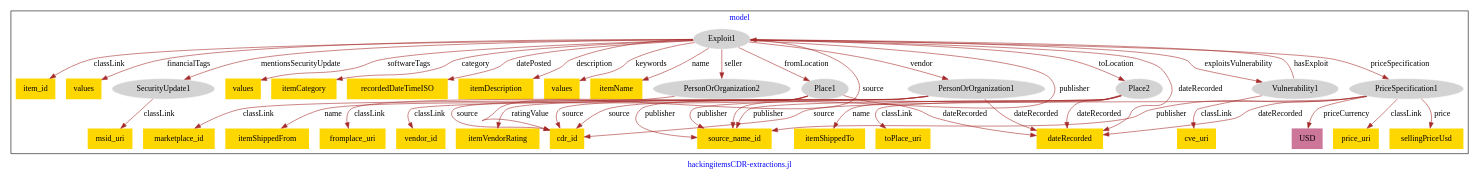
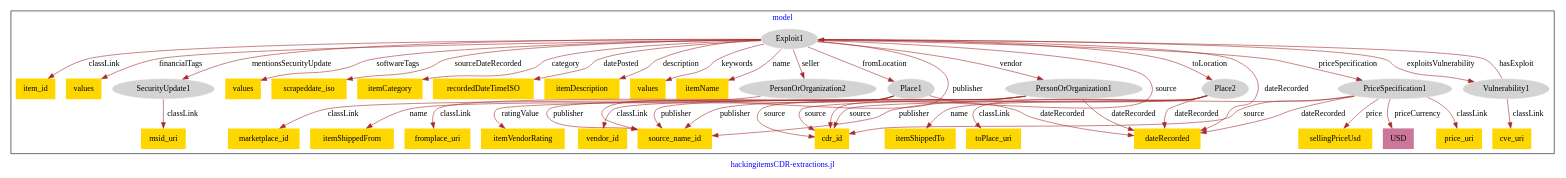
One commit to usc-isi-i2/effect-alignment changed the diagram in models/asu-hacking-items/hacking_items-model.dot. Above: the diagram before and after it, drawn with Graphviz.

Commit message:
Update file hacking_items-model.dot

```diff
--- a/models/asu-hacking-items/hacking_items-model.dot
+++ b/models/asu-hacking-items/hacking_items-model.dot
@@ -1,82 +1,84 @@
 digraph n0 {
 fontcolor="blue"
 remincross="true"
 label="hackingitemsCDR-extractions.jl"
 subgraph cluster {
 label="model"
 n2[style="filled",color="white",fillcolor="lightgray",label="Exploit1"];
 n3[shape="plaintext",style="filled",fillcolor="gold",label="item_id"];
 n4[shape="plaintext",style="filled",fillcolor="gold",label="values"];
 n5[style="filled",color="white",fillcolor="lightgray",label="SecurityUpdate1"];
 n6[shape="plaintext",style="filled",fillcolor="gold",label="values"];
-n7[shape="plaintext",style="filled",fillcolor="gold",label="itemCategory"];
-n8[shape="plaintext",style="filled",fillcolor="gold",label="recordedDateTimeISO"];
-n9[shape="plaintext",style="filled",fillcolor="gold",label="itemDescription"];
-n10[shape="plaintext",style="filled",fillcolor="gold",label="values"];
-n11[shape="plaintext",style="filled",fillcolor="gold",label="itemName"];
-n12[style="filled",color="white",fillcolor="lightgray",label="PersonOrOrganization1"];
-n13[shape="plaintext",style="filled",fillcolor="gold",label="vendor_id"];
-n14[shape="plaintext",style="filled",fillcolor="gold",label="itemVendorRating"];
-n15[shape="plaintext",style="filled",fillcolor="gold",label="cdr_id"];
-n16[style="filled",color="white",fillcolor="lightgray",label="PersonOrOrganization2"];
-n17[shape="plaintext",style="filled",fillcolor="gold",label="marketplace_id"];
-n18[shape="plaintext",style="filled",fillcolor="gold",label="msid_uri"];
-n19[style="filled",color="white",fillcolor="lightgray",label="Vulnerability1"];
-n20[shape="plaintext",style="filled",fillcolor="gold",label="cve_uri"];
-n21[style="filled",color="white",fillcolor="lightgray",label="Place1"];
-n22[shape="plaintext",style="filled",fillcolor="gold",label="fromplace_uri"];
-n23[shape="plaintext",style="filled",fillcolor="gold",label="itemShippedFrom"];
-n24[style="filled",color="white",fillcolor="lightgray",label="Place2"];
-n25[shape="plaintext",style="filled",fillcolor="gold",label="toPlace_uri"];
-n26[shape="plaintext",style="filled",fillcolor="gold",label="itemShippedTo"];
-n27[style="filled",color="white",fillcolor="lightgray",label="PriceSpecification1"];
-n28[shape="plaintext",style="filled",fillcolor="gold",label="price_uri"];
-n29[shape="plaintext",style="filled",fillcolor="gold",label="sellingPriceUsd"];
-n30[shape="plaintext",style="filled",fillcolor="#CC7799",label="USD"];
-n31[shape="plaintext",style="filled",fillcolor="gold",label="source_name_id"];
-n32[shape="plaintext",style="filled",fillcolor="gold",label="dateRecorded"];
+n7[shape="plaintext",style="filled",fillcolor="gold",label="scrapeddate_iso"];
+n8[shape="plaintext",style="filled",fillcolor="gold",label="itemCategory"];
+n9[shape="plaintext",style="filled",fillcolor="gold",label="recordedDateTimeISO"];
+n10[shape="plaintext",style="filled",fillcolor="gold",label="itemDescription"];
+n11[shape="plaintext",style="filled",fillcolor="gold",label="values"];
+n12[shape="plaintext",style="filled",fillcolor="gold",label="itemName"];
+n13[style="filled",color="white",fillcolor="lightgray",label="PersonOrOrganization1"];
+n14[shape="plaintext",style="filled",fillcolor="gold",label="vendor_id"];
+n15[shape="plaintext",style="filled",fillcolor="gold",label="source_name_id"];
+n16[shape="plaintext",style="filled",fillcolor="gold",label="itemVendorRating"];
+n17[style="filled",color="white",fillcolor="lightgray",label="PersonOrOrganization2"];
+n18[shape="plaintext",style="filled",fillcolor="gold",label="marketplace_id"];
+n19[shape="plaintext",style="filled",fillcolor="gold",label="msid_uri"];
+n20[style="filled",color="white",fillcolor="lightgray",label="Vulnerability1"];
+n21[shape="plaintext",style="filled",fillcolor="gold",label="cve_uri"];
+n22[style="filled",color="white",fillcolor="lightgray",label="Place1"];
+n23[shape="plaintext",style="filled",fillcolor="gold",label="fromplace_uri"];
+n24[shape="plaintext",style="filled",fillcolor="gold",label="itemShippedFrom"];
+n25[style="filled",color="white",fillcolor="lightgray",label="Place2"];
+n26[shape="plaintext",style="filled",fillcolor="gold",label="toPlace_uri"];
+n27[shape="plaintext",style="filled",fillcolor="gold",label="itemShippedTo"];
+n28[style="filled",color="white",fillcolor="lightgray",label="PriceSpecification1"];
+n29[shape="plaintext",style="filled",fillcolor="gold",label="price_uri"];
+n30[shape="plaintext",style="filled",fillcolor="gold",label="sellingPriceUsd"];
+n31[shape="plaintext",style="filled",fillcolor="#CC7799",label="USD"];
+n32[shape="plaintext",style="filled",fillcolor="gold",label="cdr_id"];
+n33[shape="plaintext",style="filled",fillcolor="gold",label="dateRecorded"];
 }
 n2 -> n3[color="brown",fontcolor="black",label="classLink"]
 n2 -> n4[color="brown",fontcolor="black",label="financialTags"]
 n2 -> n5[color="brown",fontcolor="black",label="mentionsSecurityUpdate"]
 n2 -> n6[color="brown",fontcolor="black",label="softwareTags"]
-n2 -> n7[color="brown",fontcolor="black",label="category"]
-n2 -> n8[color="brown",fontcolor="black",label="datePosted"]
-n2 -> n9[color="brown",fontcolor="black",label="description"]
-n2 -> n10[color="brown",fontcolor="black",label="keywords"]
-n2 -> n11[color="brown",fontcolor="black",label="name"]
-n12 -> n13[color="brown",fontcolor="black",label="classLink"]
-n12 -> n14[color="brown",fontcolor="black",label="ratingValue"]
-n12 -> n15[color="brown",fontcolor="black",label="source"]
-n16 -> n17[color="brown",fontcolor="black",label="classLink"]
-n5 -> n18[color="brown",fontcolor="black",label="classLink"]
-n19 -> n20[color="brown",fontcolor="black",label="classLink"]
-n21 -> n22[color="brown",fontcolor="black",label="classLink"]
-n21 -> n23[color="brown",fontcolor="black",label="name"]
-n21 -> n15[color="brown",fontcolor="black",label="source"]
-n24 -> n25[color="brown",fontcolor="black",label="classLink"]
-n24 -> n26[color="brown",fontcolor="black",label="name"]
-n24 -> n15[color="brown",fontcolor="black",label="source"]
-n27 -> n28[color="brown",fontcolor="black",label="classLink"]
-n27 -> n29[color="brown",fontcolor="black",label="price"]
-n27 -> n30[color="brown",fontcolor="black",label="priceCurrency"]
-n27 -> n15[color="brown",fontcolor="black",label="source"]
-n2 -> n27[color="brown",fontcolor="black",label="priceSpecification"]
-n2 -> n24[color="brown",fontcolor="black",label="toLocation"]
-n12 -> n31[color="brown",fontcolor="black",label="publisher"]
-n12 -> n32[color="brown",fontcolor="black",label="dateRecorded"]
-n2 -> n21[color="brown",fontcolor="black",label="fromLocation"]
-n21 -> n31[color="brown",fontcolor="black",label="publisher"]
-n19 -> n2[color="brown",fontcolor="black",label="hasExploit"]
-n2 -> n19[color="brown",fontcolor="black",label="exploitsVulnerability"]
-n2 -> n31[color="brown",fontcolor="black",label="publisher"]
-n2 -> n16[color="brown",fontcolor="black",label="seller"]
-n2 -> n15[color="brown",fontcolor="black",label="source"]
-n21 -> n32[color="brown",fontcolor="black",label="dateRecorded"]
-n2 -> n12[color="brown",fontcolor="black",label="vendor"]
-n27 -> n31[color="brown",fontcolor="black",label="publisher"]
-n24 -> n31[color="brown",fontcolor="black",label="publisher"]
-n2 -> n32[color="brown",fontcolor="black",label="dateRecorded"]
-n27 -> n32[color="brown",fontcolor="black",label="dateRecorded"]
-n24 -> n32[color="brown",fontcolor="black",label="dateRecorded"]
+n2 -> n7[color="brown",fontcolor="black",label="sourceDateRecorded"]
+n2 -> n8[color="brown",fontcolor="black",label="category"]
+n2 -> n9[color="brown",fontcolor="black",label="datePosted"]
+n2 -> n10[color="brown",fontcolor="black",label="description"]
+n2 -> n11[color="brown",fontcolor="black",label="keywords"]
+n2 -> n12[color="brown",fontcolor="black",label="name"]
+n13 -> n14[color="brown",fontcolor="black",label="classLink"]
+n13 -> n15[color="brown",fontcolor="black",label="publisher"]
+n13 -> n16[color="brown",fontcolor="black",label="ratingValue"]
+n17 -> n18[color="brown",fontcolor="black",label="classLink"]
+n5 -> n19[color="brown",fontcolor="black",label="classLink"]
+n20 -> n21[color="brown",fontcolor="black",label="classLink"]
+n22 -> n23[color="brown",fontcolor="black",label="classLink"]
+n22 -> n24[color="brown",fontcolor="black",label="name"]
+n22 -> n15[color="brown",fontcolor="black",label="publisher"]
+n25 -> n26[color="brown",fontcolor="black",label="classLink"]
+n25 -> n27[color="brown",fontcolor="black",label="name"]
+n25 -> n15[color="brown",fontcolor="black",label="publisher"]
+n28 -> n29[color="brown",fontcolor="black",label="classLink"]
+n28 -> n30[color="brown",fontcolor="black",label="price"]
+n28 -> n31[color="brown",fontcolor="black",label="priceCurrency"]
+n28 -> n15[color="brown",fontcolor="black",label="publisher"]
+n2 -> n28[color="brown",fontcolor="black",label="priceSpecification"]
+n2 -> n25[color="brown",fontcolor="black",label="toLocation"]
+n13 -> n32[color="brown",fontcolor="black",label="source"]
+n13 -> n33[color="brown",fontcolor="black",label="dateRecorded"]
+n2 -> n32[color="brown",fontcolor="black",label="source"]
+n22 -> n32[color="brown",fontcolor="black",label="source"]
+n2 -> n22[color="brown",fontcolor="black",label="fromLocation"]
+n25 -> n32[color="brown",fontcolor="black",label="source"]
+n20 -> n2[color="brown",fontcolor="black",label="hasExploit"]
+n2 -> n20[color="brown",fontcolor="black",label="exploitsVulnerability"]
+n2 -> n17[color="brown",fontcolor="black",label="seller"]
+n22 -> n33[color="brown",fontcolor="black",label="dateRecorded"]
+n28 -> n33[color="brown",fontcolor="black",label="dateRecorded"]
+n28 -> n32[color="brown",fontcolor="black",label="source"]
+n2 -> n13[color="brown",fontcolor="black",label="vendor"]
+n2 -> n15[color="brown",fontcolor="black",label="publisher"]
+n25 -> n33[color="brown",fontcolor="black",label="dateRecorded"]
+n2 -> n33[color="brown",fontcolor="black",label="dateRecorded"]
 }
```
